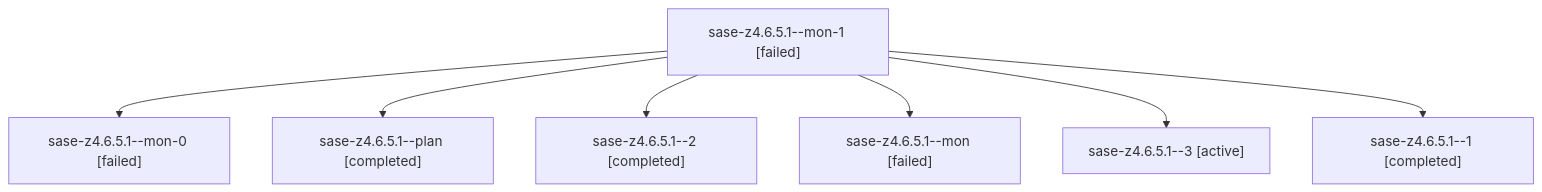
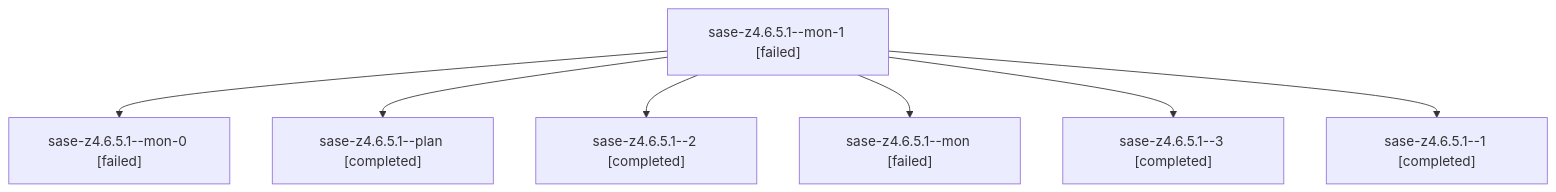
Before and after one commit to sase-org/sase--agents: the diagram in families/bbugyi200.athena.sase-z4.6.5.1.md, drawn with Mermaid. The commit also changed other lines of this file and 39 other files, not shown here.

````diff
--- a/families/bbugyi200.athena.sase-z4.6.5.1.md
+++ b/families/bbugyi200.athena.sase-z4.6.5.1.md
@@ -9,16 +9,16 @@
 ```mermaid
 flowchart TD
   n0["sase-z4.6.5.1--mon-1 [failed]"]
   n1["sase-z4.6.5.1--mon-0 [failed]"]
   n0 --> n1
   n2["sase-z4.6.5.1--plan [completed]"]
   n0 --> n2
   n3["sase-z4.6.5.1--2 [completed]"]
   n0 --> n3
   n4["sase-z4.6.5.1--mon [failed]"]
   n0 --> n4
-  n5["sase-z4.6.5.1--3 [active]"]
+  n5["sase-z4.6.5.1--3 [completed]"]
   n0 --> n5
   n6["sase-z4.6.5.1--1 [completed]"]
   n0 --> n6
 ```
````
